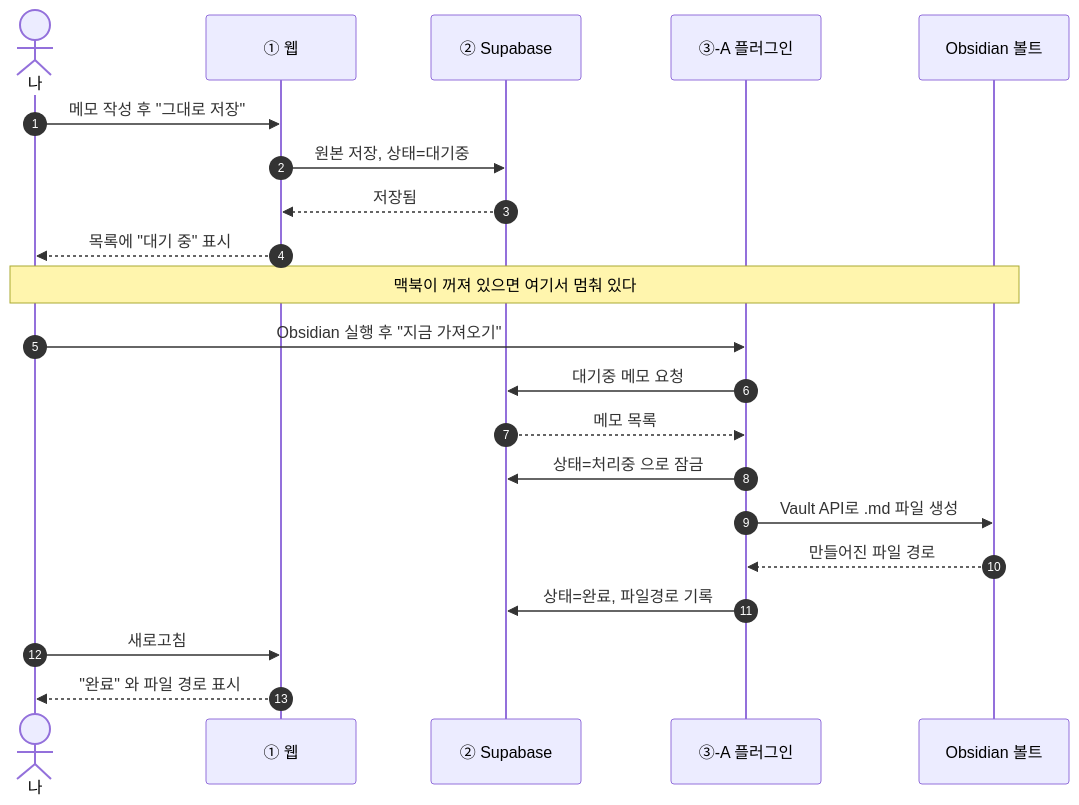
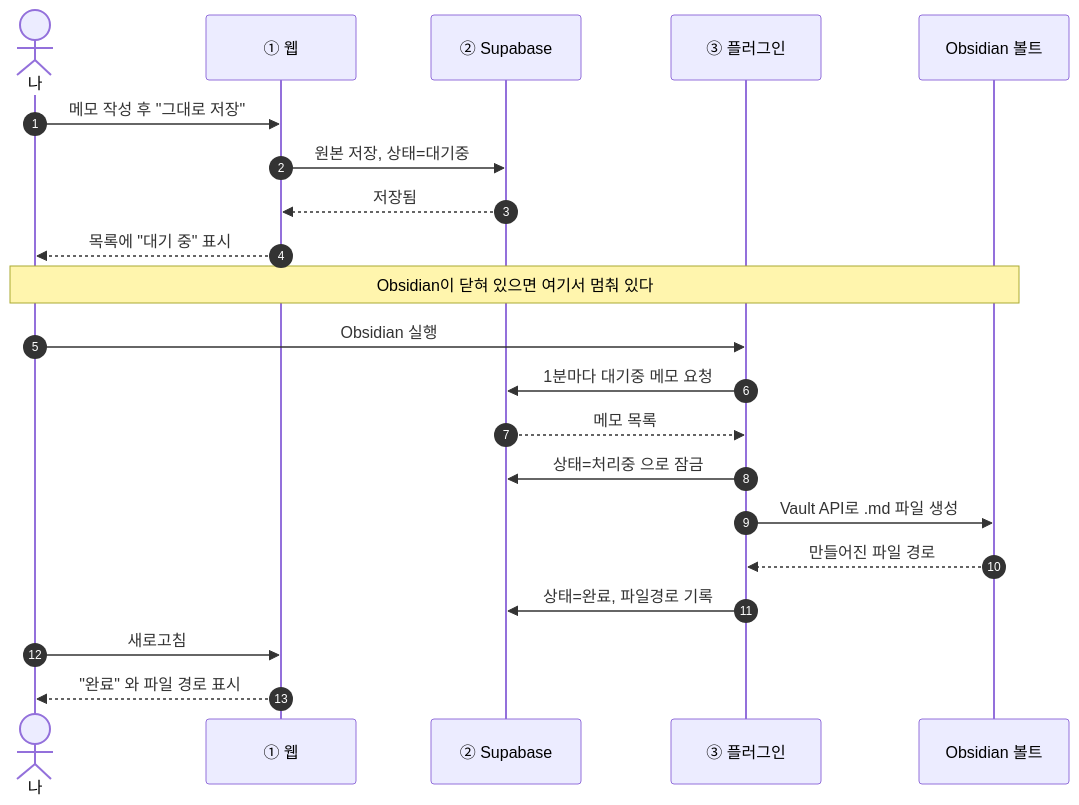
One commit to sxcrxta/personal-hub changed the second of 3 diagrams in docs/architecture.md. Above: the diagram before and after it, drawn with Mermaid. The commit also changed other lines of this file and 1 other file, not shown here.

Commit message:
설계 문서와 체크리스트를 플러그인 하나 구조로 갱신, 35/44 표시 — 코드와 문서가 어긋나면 다음 작업의 기준이 흔들려서

````diff
--- a/docs/architecture.md
+++ b/docs/architecture.md
@@ -144,25 +136,25 @@
 ```mermaid
 sequenceDiagram
     autonumber
     actor 나
     participant 웹 as ① 웹
     participant DB as ② Supabase
-    participant 플러그인 as ③-A 플러그인
+    participant 플러그인 as ③ 플러그인
     participant 볼트 as Obsidian 볼트
 
     나->>웹: 메모 작성 후 "그대로 저장"
     웹->>DB: 원본 저장, 상태=대기중
     DB-->>웹: 저장됨
     웹-->>나: 목록에 "대기 중" 표시
-    Note over 나,볼트: 맥북이 꺼져 있으면 여기서 멈춰 있다
+    Note over 나,볼트: Obsidian이 닫혀 있으면 여기서 멈춰 있다
 
-    나->>플러그인: Obsidian 실행 후 "지금 가져오기"
-    플러그인->>DB: 대기중 메모 요청
+    나->>플러그인: Obsidian 실행
+    플러그인->>DB: 1분마다 대기중 메모 요청
     DB-->>플러그인: 메모 목록
     플러그인->>DB: 상태=처리중 으로 잠금
     플러그인->>볼트: Vault API로 .md 파일 생성
     볼트-->>플러그인: 만들어진 파일 경로
     플러그인->>DB: 상태=완료, 파일경로 기록
     나->>웹: 새로고침
     웹-->>나: "완료" 와 파일 경로 표시
 ```
````
